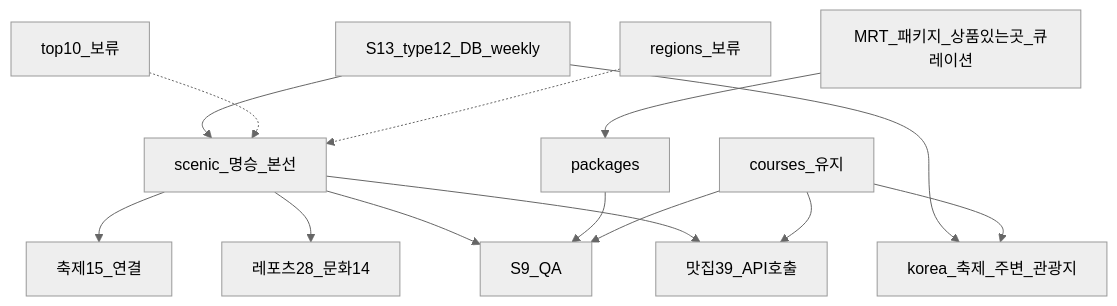
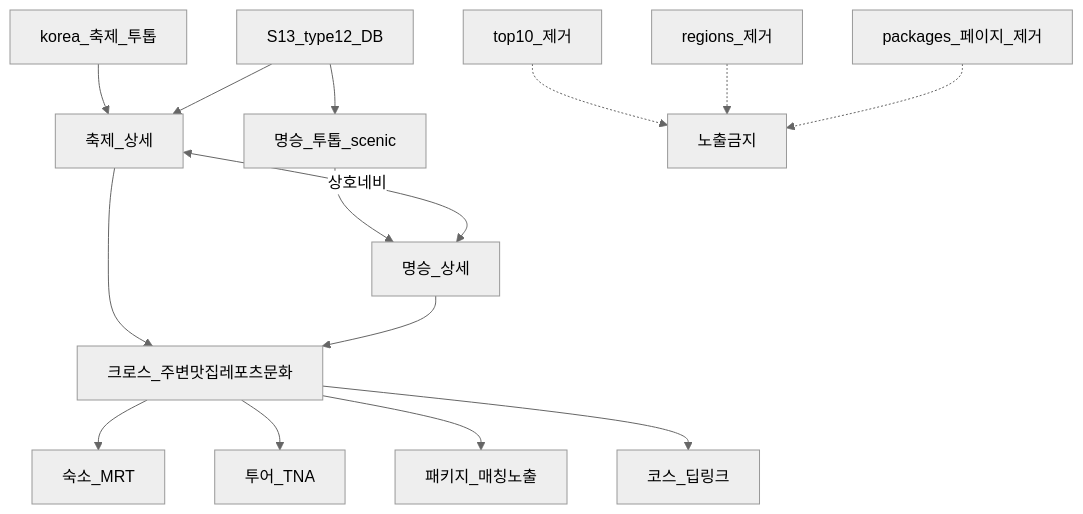
Before and after one commit to catgeot/Days: the first of 3 diagrams in plans/korea-theme-travel-plan.md, drawn with Mermaid (neutral theme). The commit also changed other lines of this file and 12 other files, not shown here.

````diff
--- a/plans/korea-theme-travel-plan.md
+++ b/plans/korea-theme-travel-plan.md
@@ -97,16 +103,17 @@
 ```mermaid
 flowchart TD
-  catalog[S13_type12_DB_weekly] --> scenic[scenic_명승_본선]
-  catalog --> festNear[korea_축제_주변_관광지]
-  scenic --> foodApi[맛집39_API호출]
-  scenic --> leis[레포츠28_문화14]
-  scenic --> festLink[축제15_연결]
-  courses[courses_유지] --> festNear
-  courses --> foodApi
-  mrt[MRT_패키지_상품있는곳_큐레이션] --> packages[packages]
-  top10[top10_보류] -.-> scenic
-  regions[regions_보류] -.-> scenic
-  scenic --> S9[S9_QA]
-  packages --> S9
-  courses --> S9
+  fest[korea_축제_투톱] --> detailF[축제_상세]
+  scenic[명승_투톱_scenic] --> detailS[명승_상세]
+  catalog[S13_type12_DB] --> scenic
+  catalog --> detailF
+  detailF --> cross[크로스_주변맛집레포츠문화]
+  detailS --> cross
+  cross --> stay[숙소_MRT]
+  cross --> tna[투어_TNA]
+  cross --> pkg[패키지_매칭노출]
+  cross --> course[코스_딥링크]
+  detailF <-->|상호네비| detailS
+  top10[top10_제거] -.-> x1[노출금지]
+  regions[regions_제거] -.-> x1
+  packagesPage[packages_페이지_제거] -.-> x1
 ```
````
